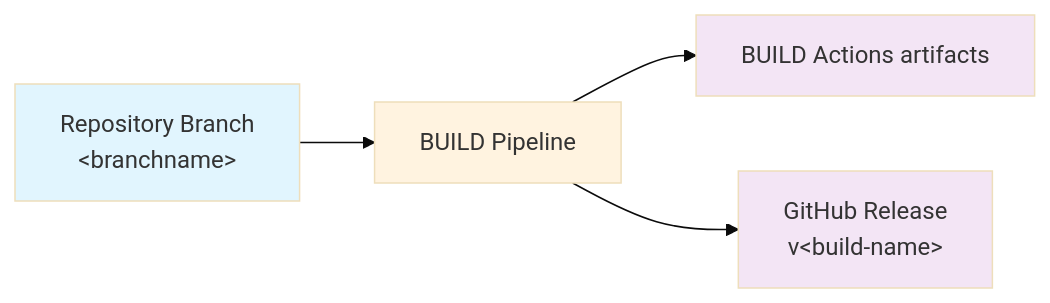
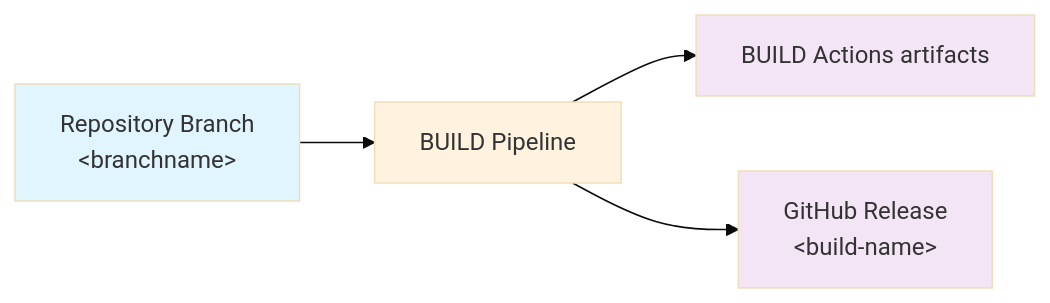
Before and after one commit to ALM4Dataverse/ALM4Dataverse: the diagram in docs/usage/building-releases.md, drawn with Mermaid (base theme). The commit also changed 8 other files, not shown here.

````diff
--- a/docs/usage/building-releases.md
+++ b/docs/usage/building-releases.md
@@ -4,11 +4,11 @@
 ```mermaid
 flowchart LR
     A[Repository Branch<br/>&lt;branchname&gt;] --> B[BUILD Pipeline]
     B --> C[BUILD Actions artifacts]
-    B --> D[GitHub Release<br/>v&lt;build-name&gt;]
+    B --> D[GitHub Release<br/>&lt;build-name&gt;]
 
     style A fill:#e1f5fe
     style C fill:#f3e5f5
     style D fill:#f3e5f5
     style B fill:#fff3e0
 ```
````
